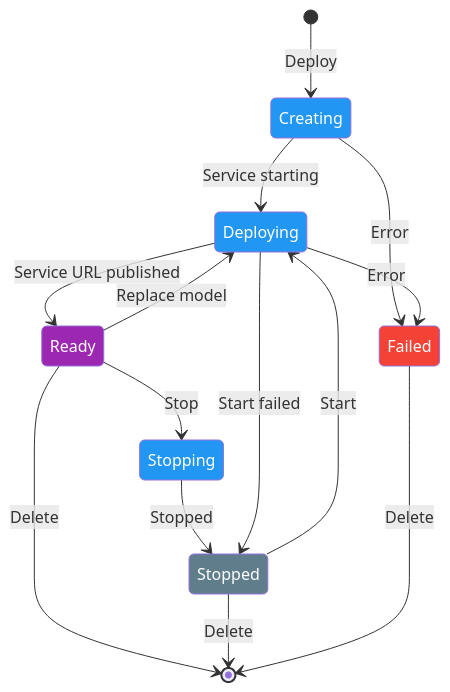
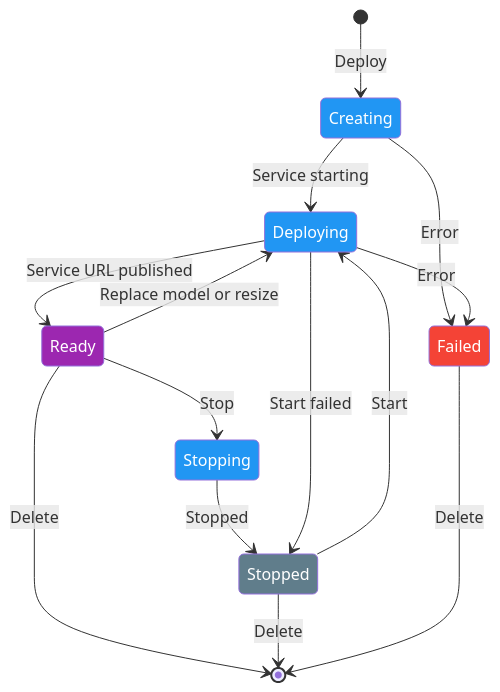
The first of 2 diagrams in docs/en/platform/deploy/endpoints.md (Rehman-AD/cv-yolov8-core), drawn with Mermaid before and after one commit. The commit also changed other lines of this file and 24 other files, not shown here.

````diff
--- a/docs/en/platform/deploy/endpoints.md
+++ b/docs/en/platform/deploy/endpoints.md
@@ -42,25 +42,25 @@
 ```mermaid
 stateDiagram-v2
     [*] --> Creating: Deploy
     Creating --> Deploying: Service starting
     Deploying --> Ready: Service URL published
     Ready --> Stopping: Stop
-    Ready --> Deploying: Replace model
+    Ready --> Deploying: Replace model or resize
     Stopping --> Stopped: Stopped
     Stopped --> Deploying: Start
     Deploying --> Stopped: Start failed
     Ready --> [*]: Delete
     Stopped --> [*]: Delete
     Creating --> Failed: Error
     Deploying --> Failed: Error
     Failed --> [*]: Delete
 
     classDef proc fill:#2196F3,color:#fff
     classDef out fill:#9C27B0,color:#fff
     classDef error fill:#F44336,color:#fff
     classDef extern fill:#607D8B,color:#fff
     class Creating,Deploying,Stopping proc
     class Ready out
     class Failed error
     class Stopped extern
 ```
````
